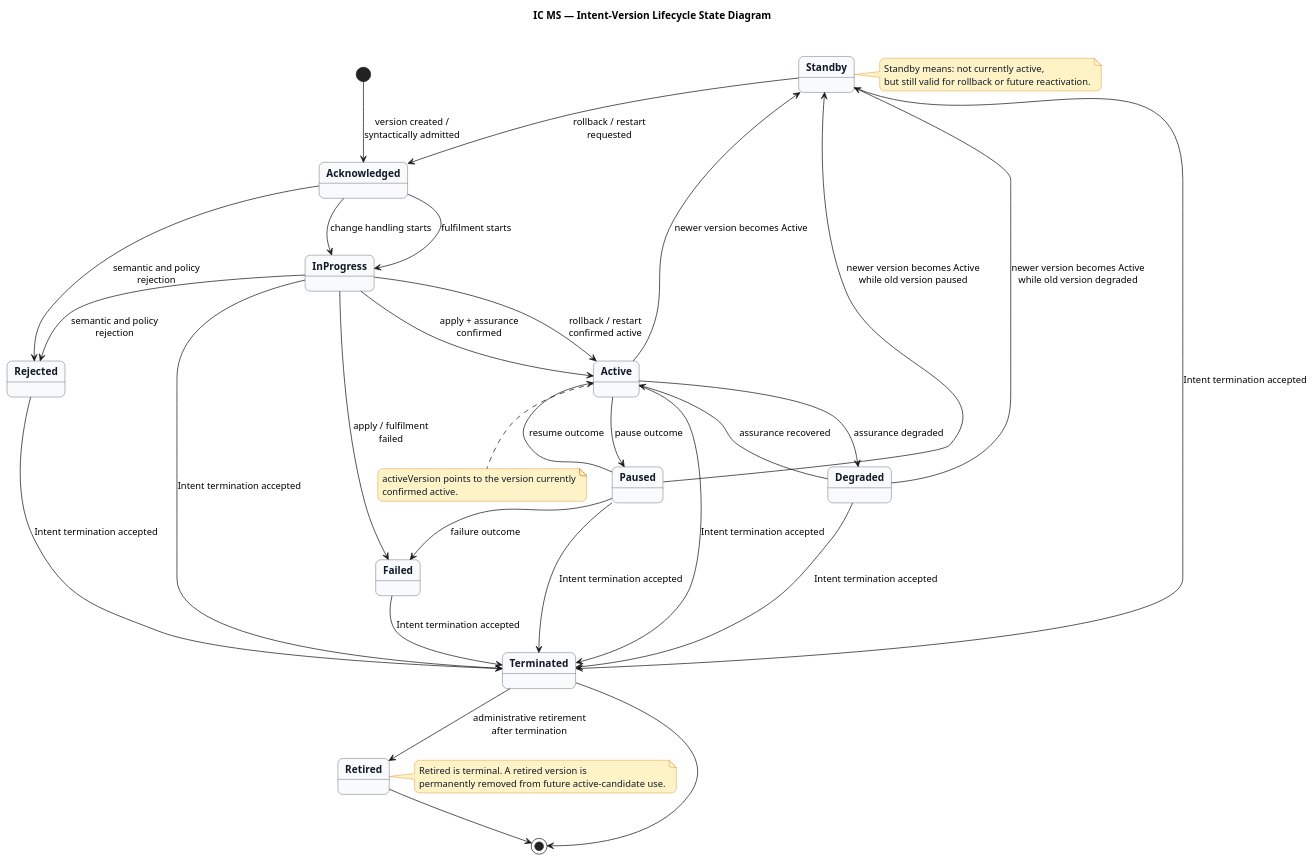
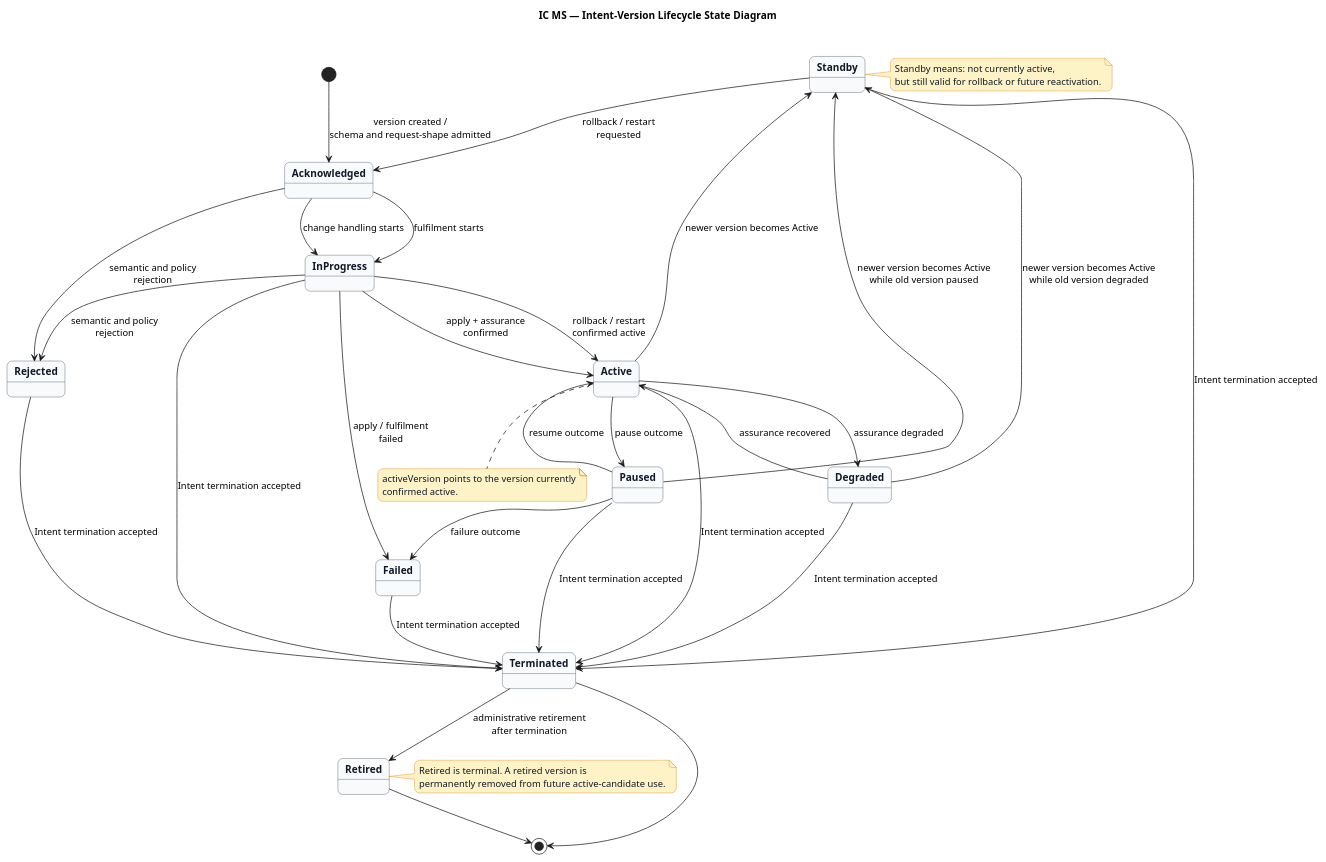
The second of 2 diagrams in baseline/intent/ic-ms/ic_ms_design_brief.md (prageethw/im), drawn with PlantUML before and after one commit. The commit also changed other lines of this file and 6 other files, not shown here.

````diff
--- a/baseline/intent/ic-ms/ic_ms_design_brief.md
+++ b/baseline/intent/ic-ms/ic_ms_design_brief.md
@@ -769,63 +769,63 @@
 ```plantuml
 @startuml
 title IC MS — Intent-Version Lifecycle State Diagram
 
 skinparam backgroundColor #FFFFFF
 skinparam shadowing false
 skinparam roundcorner 14
 skinparam state {
   BackgroundColor #F8FAFC
   BorderColor #334155
   FontColor #111827
   FontStyle bold
 }
 skinparam note {
   BackgroundColor #FEF3C7
   BorderColor #D97706
   FontColor #111827
 }
 
-[*] --> Acknowledged : version created /\nsyntactically admitted
+[*] --> Acknowledged : version created /\nschema and request-shape admitted
 Acknowledged --> Rejected : semantic and policy\nrejection
 Acknowledged --> InProgress : fulfilment starts
 InProgress --> Active : apply + assurance\nconfirmed
 InProgress --> Failed : apply / fulfilment\nfailed
 InProgress --> Rejected : semantic and policy\nrejection
 Active --> Degraded : assurance degraded
 Degraded --> Active : assurance recovered
 Active --> Standby : newer version becomes Active
 Degraded --> Standby : newer version becomes Active\nwhile old version degraded
 Paused --> Standby : newer version becomes Active\nwhile old version paused
 Standby --> Acknowledged : rollback / restart\nrequested
 Acknowledged --> InProgress : change handling starts
 InProgress --> Active : rollback / restart\nconfirmed active
 Terminated --> Retired : administrative retirement\nafter termination
 Active --> Terminated : Intent termination accepted
 Degraded --> Terminated : Intent termination accepted
 Standby --> Terminated : Intent termination accepted
 InProgress --> Terminated : Intent termination accepted
 Paused --> Terminated : Intent termination accepted
 Failed --> Terminated : Intent termination accepted
 Rejected --> Terminated : Intent termination accepted
 Active --> Paused : pause outcome
 Paused --> Active : resume outcome
 Paused --> Failed : failure outcome
 Retired --> [*]
 Terminated --> [*]
 
 note right of Standby
 Standby means: not currently active,
 but still valid for rollback or future reactivation.
 end note
 
 note right of Retired
 Retired is terminal. A retired version is
 permanently removed from future active-candidate use.
 end note
 
 note bottom of Active
 activeVersion points to the version currently
 confirmed active.
 end note
 @enduml
 ```
````
